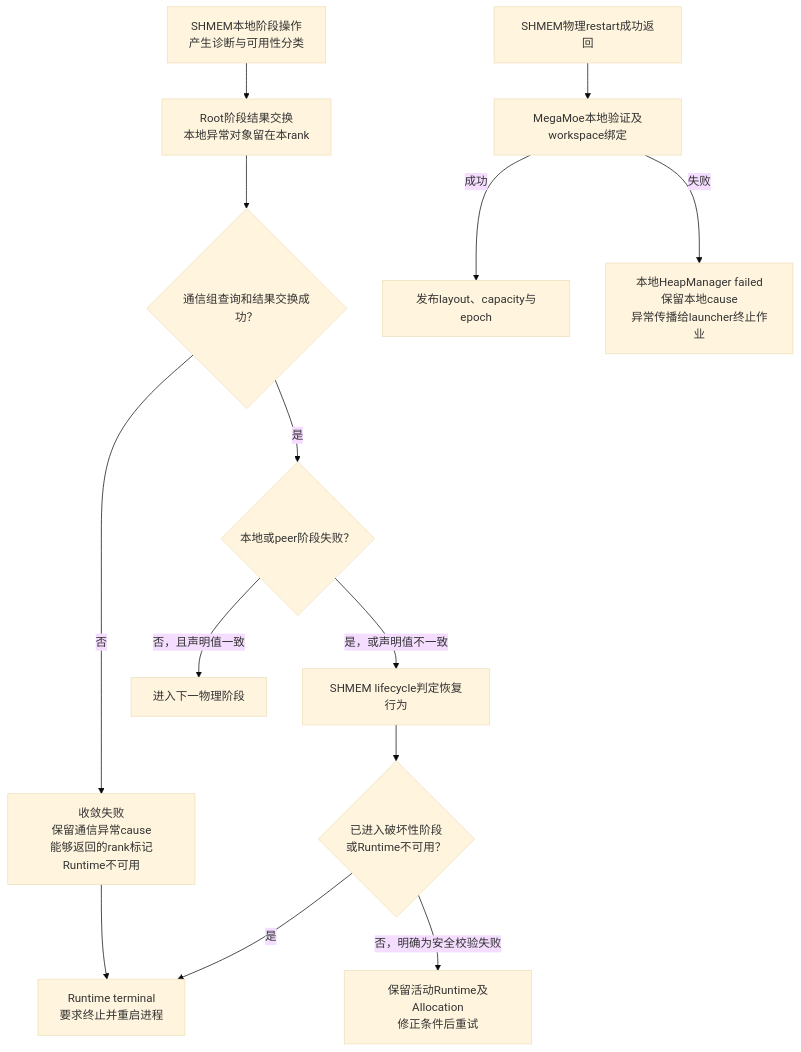
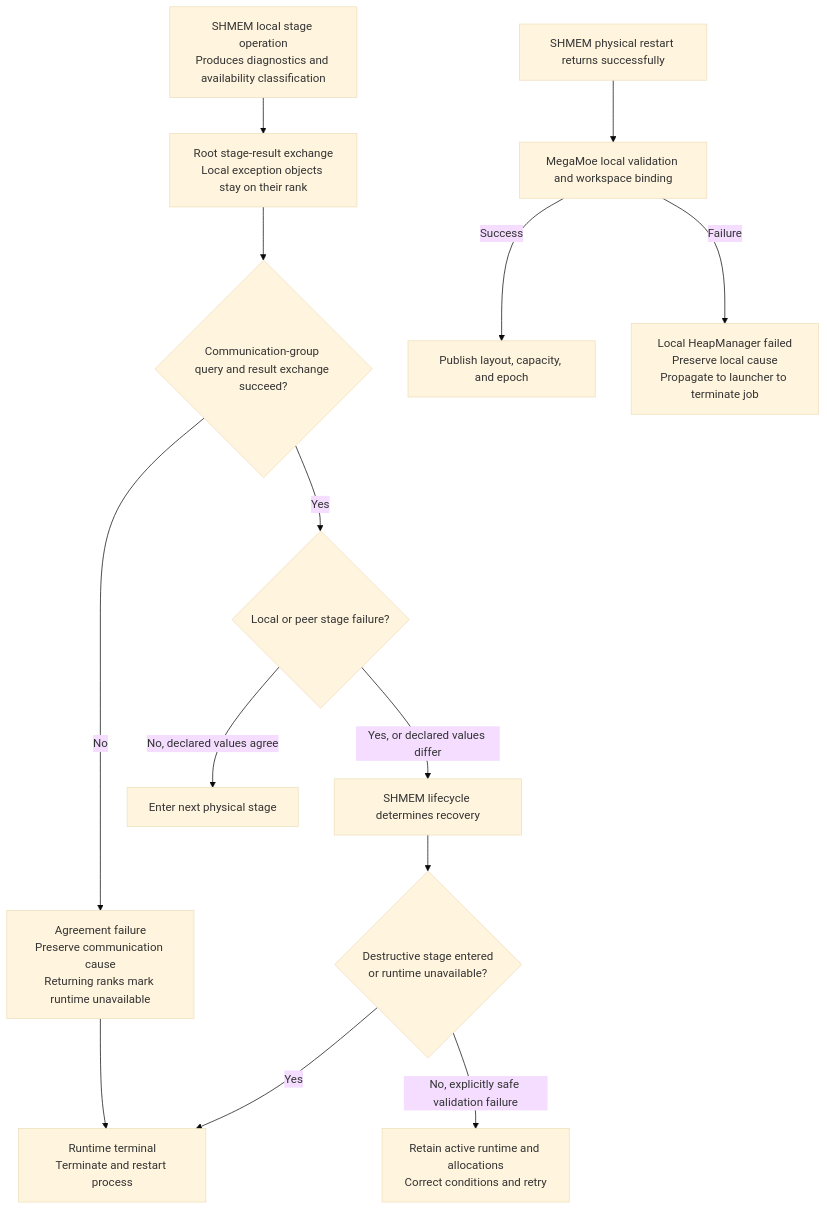
Before and after one commit to mindspore-ai/hyper-parallel: the third of 3 diagrams in hyper_parallel/core/multicore/docs/shmem.md, drawn with Mermaid (base theme). The commit also changed other lines of this file and 134 other files, not shown here.

````diff
--- a/hyper_parallel/core/multicore/docs/shmem.md
+++ b/hyper_parallel/core/multicore/docs/shmem.md
@@ -352,16 +355,16 @@
 ```mermaid
 flowchart TB
-    E["SHMEM本地阶段操作<br/>产生诊断与可用性分类"] --> G["Root阶段结果交换<br/>本地异常对象留在本rank"]
-    G --> Q{"通信组查询和结果交换成功？"}
-    Q -->|否| C["收敛失败<br/>保留通信异常cause<br/>能够返回的rank标记Runtime不可用"]
-    Q -->|是| F{"本地或peer阶段失败？"}
-    F -->|否，且声明值一致| NEXT["进入下一物理阶段"]
-    F -->|是，或声明值不一致| S["SHMEM lifecycle判定恢复行为"]
-    S --> D{"已进入破坏性阶段<br/>或Runtime不可用？"}
-    D -->|是| TERMINAL["Runtime terminal<br/>要求终止并重启进程"]
-    D -->|否，明确为安全校验失败| RETRY["保留活动Runtime及Allocation<br/>修正条件后重试"]
+    E["SHMEM local stage operation<br/>Produces diagnostics and availability classification"] --> G["Root stage-result exchange<br/>Local exception objects stay on their rank"]
+    G --> Q{"Communication-group query and result exchange succeed?"}
+    Q -->|No| C["Agreement failure<br/>Preserve communication cause<br/>Returning ranks mark runtime unavailable"]
+    Q -->|Yes| F{"Local or peer stage failure?"}
+    F -->|No, declared values agree| NEXT["Enter next physical stage"]
+    F -->|Yes, or declared values differ| S["SHMEM lifecycle determines recovery"]
+    S --> D{"Destructive stage entered<br/>or runtime unavailable?"}
+    D -->|Yes| TERMINAL["Runtime terminal<br/>Terminate and restart process"]
+    D -->|No, explicitly safe validation failure| RETRY["Retain active runtime and allocations<br/>Correct conditions and retry"]
     C --> TERMINAL
-    OK["SHMEM物理restart成功返回"] --> M["MegaMoe本地验证及workspace绑定"]
-    M -->|成功| PUBLISH["发布layout、capacity与epoch"]
-    M -->|失败| FAILED["本地HeapManager failed<br/>保留本地cause<br/>异常传播给launcher终止作业"]
+    OK["SHMEM physical restart returns successfully"] --> M["MegaMoe local validation and workspace binding"]
+    M -->|Success| PUBLISH["Publish layout, capacity, and epoch"]
+    M -->|Failure| FAILED["Local HeapManager failed<br/>Preserve local cause<br/>Propagate to launcher to terminate job"]
 ```
````
